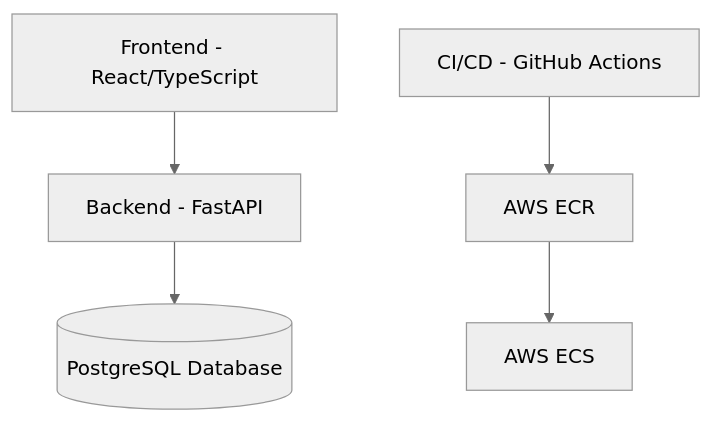
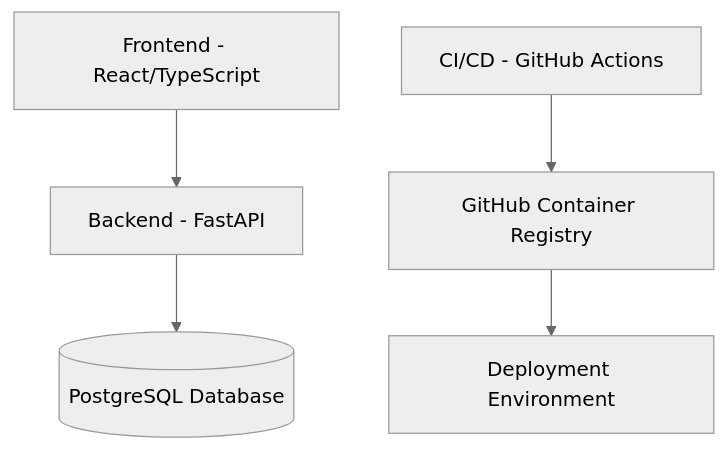
Before and after one commit to datascientest-fastAPI-project-group-25/fastAPI-project-app: the first of 2 diagrams in README.md, drawn with Mermaid (neutral theme). The commit also changed other lines of this file and 5 other files, not shown here.

Commit message:
fix: Migrate from AWS ECR to GitHub Container Registry (GHCR)

````diff
--- a/README.md
+++ b/README.md
@@ -22,7 +22,7 @@
 ```mermaid
 graph TD
     A[Frontend - React/TypeScript] --> B[Backend - FastAPI]
     B --> C[(PostgreSQL Database)]
-    D[CI/CD - GitHub Actions] --> E[AWS ECR]
-    E --> F[AWS ECS]
+    D[CI/CD - GitHub Actions] --> E[GitHub Container Registry]
+    E --> F[Deployment Environment]
 ```
````
